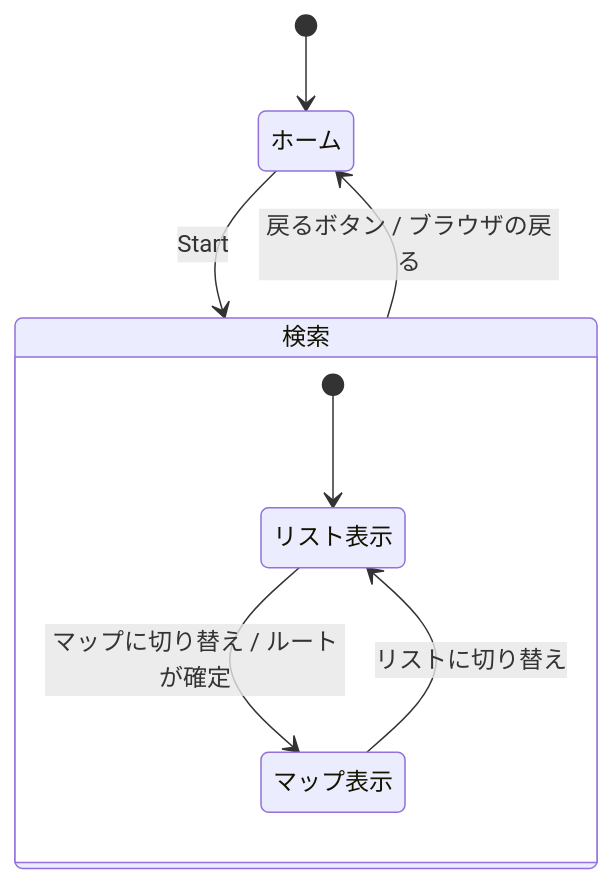
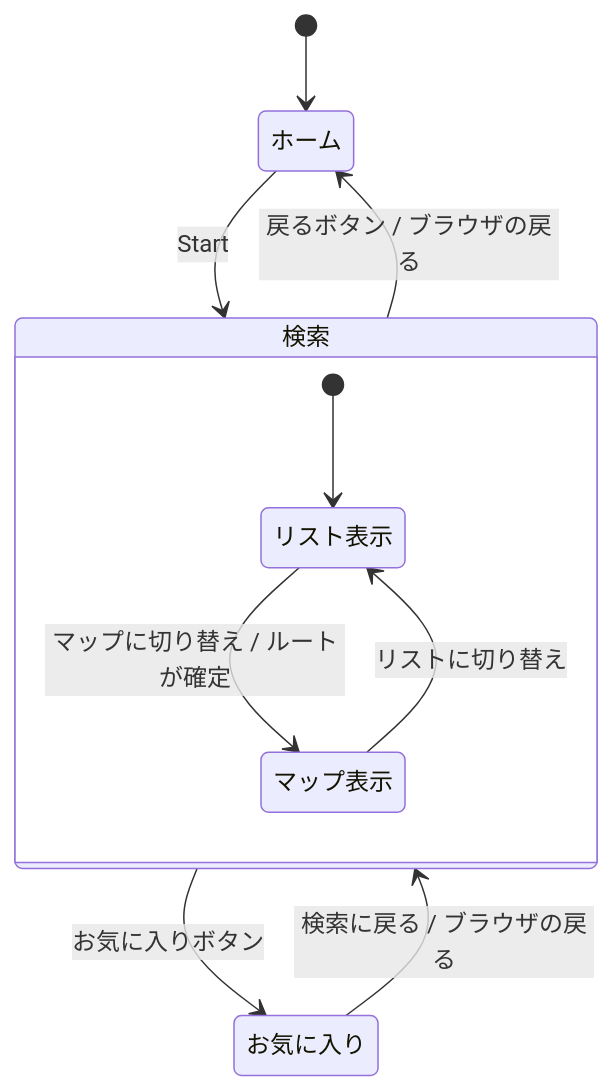
Before and after one commit to yokotaka9160/Find-Restaurant-App: the diagram in docs/requirements.md, drawn with Mermaid. The commit also changed other lines of this file and 16 other files, not shown here.

````diff
--- a/docs/requirements.md
+++ b/docs/requirements.md
@@ -114,12 +129,14 @@
 ```mermaid
 stateDiagram-v2
   [*] --> ホーム
   ホーム --> 検索 : Start
   検索 --> ホーム : 戻るボタン / ブラウザの戻る
+  検索 --> お気に入り : お気に入りボタン
+  お気に入り --> 検索 : 検索に戻る / ブラウザの戻る
 
   state 検索 {
     [*] --> リスト表示
     リスト表示 --> マップ表示 : マップに切り替え / ルートが確定
     マップ表示 --> リスト表示 : リストに切り替え
   }
 ```
````
